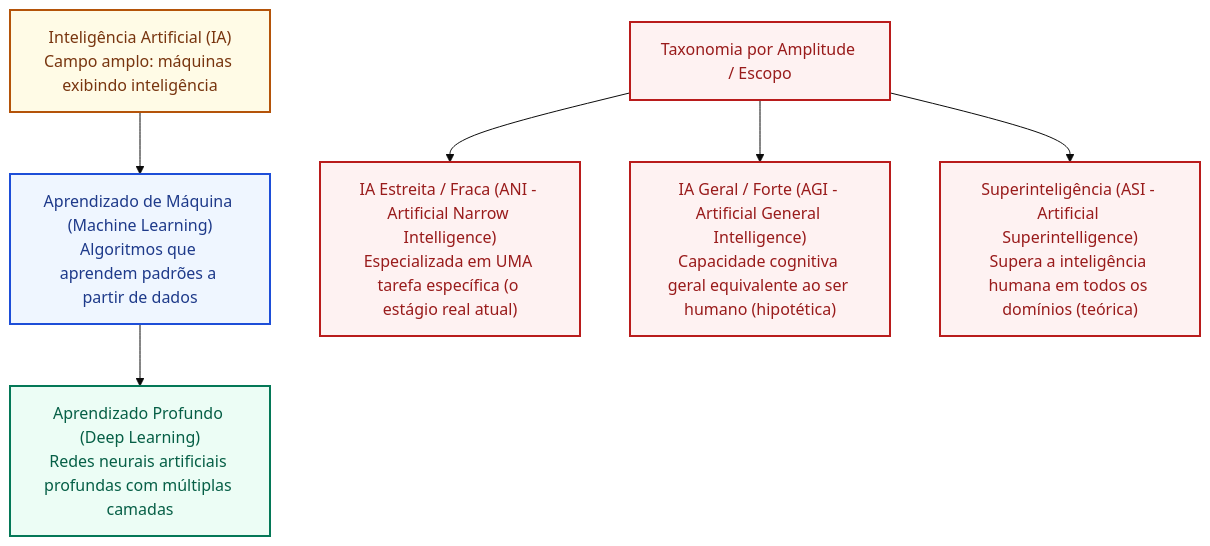
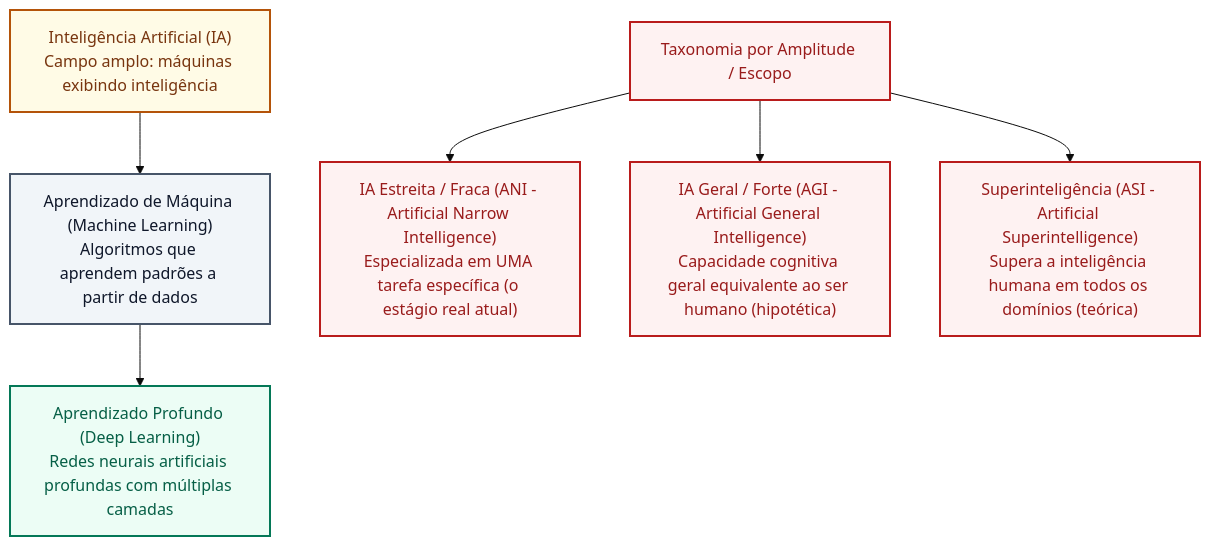
One commit to leorruas/concursos changed the diagram in 3 - Materias/Informatica/18 - inteligencia artificial definicao tipos de sistemas e aplicacoes publicas.md. Above: the diagram before and after it, drawn with Mermaid (base theme).

Commit message:
style(camara-ti): substituir fallback azul de Mermaid por neutro acessivel 18

````diff
--- a/3 - Materias/Informatica/18 - inteligencia artificial definicao tipos de sistemas e aplicacoes publicas.md
+++ b/3 - Materias/Informatica/18 - inteligencia artificial definicao tipos de sistemas e aplicacoes publicas.md
@@ -23,23 +23,23 @@
 ```mermaid
 flowchart TD
     classDef campo fill:#fffbe6,stroke:#b45309,stroke-width:2px,color:#78350f;
-    classDef ml fill:#eff6ff,stroke:#1d4ed8,stroke-width:2px,color:#1e3a8a;
+    classDef ml fill:#f1f5f9,stroke:#475569,stroke-width:2px,color:#0f172a;
     classDef dl fill:#ecfdf5,stroke:#047857,stroke-width:2px,color:#065f46;
     classDef escopo fill:#fef2f2,stroke:#b91c1c,stroke-width:2px,color:#991b1b;
 
     IA["Inteligência Artificial (IA)<br>Campo amplo: máquinas exibindo inteligência"]:::campo
     ML["Aprendizado de Máquina (Machine Learning)<br>Algoritmos que aprendem padrões a partir de dados"]:::ml
     DL["Aprendizado Profundo (Deep Learning)<br>Redes neurais artificiais profundas com múltiplas camadas"]:::dl
 
     IA --> ML
     ML --> DL
 
     Taxonomia["Taxonomia por Amplitude / Escopo"]:::escopo
     ANI["IA Estreita / Fraca (ANI - Artificial Narrow Intelligence)<br>Especializada em UMA tarefa específica (o estágio real atual)"]:::escopo
     AGI["IA Geral / Forte (AGI - Artificial General Intelligence)<br>Capacidade cognitiva geral equivalente ao ser humano (hipotética)"]:::escopo
     ASI["Superinteligência (ASI - Artificial Superintelligence)<br>Supera a inteligência humana em todos os domínios (teórica)"]:::escopo
 
     Taxonomia --> ANI
     Taxonomia --> AGI
     Taxonomia --> ASI
 ```
````
